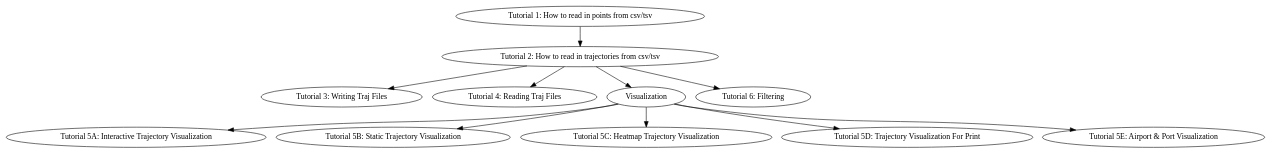
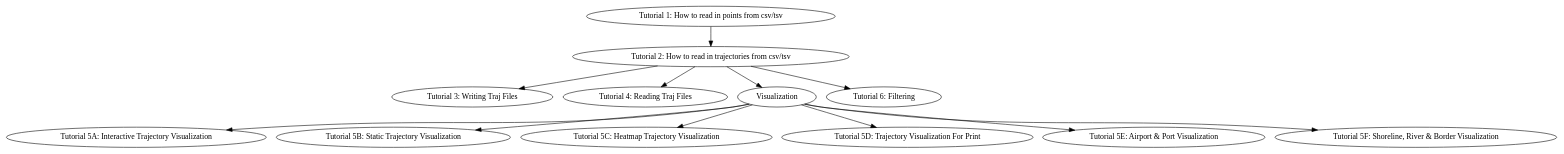
The diagram in Documentation/examples/examples.rst (sandialabs/tracktable-docs), drawn with Graphviz before and after one commit. The commit also changed other lines of this file and 11 other files, not shown here.

```diff
--- a/Documentation/examples/examples.rst
+++ b/Documentation/examples/examples.rst
@@ -58,28 +58,30 @@
 .. graphviz::
    :align: center
    :caption: Tutorial Flow
 
    digraph tut_flow {
       tut1 [label="Tutorial 1: How to read in points from csv/tsv"];
       tut2 [label="Tutorial 2: How to read in trajectories from csv/tsv"];
       tut3 [label="Tutorial 3: Writing Traj Files"];
       tut4 [label="Tutorial 4: Reading Traj Files"];
       viz [label="Visualization"]
       tut5A [label="Tutorial 5A: Interactive Trajectory Visualization"];
       tut5B [label="Tutorial 5B: Static Trajectory Visualization"];
       tut5C [label="Tutorial 5C: Heatmap Trajectory Visualization"];
       tut5D [label="Tutorial 5D: Trajectory Visualization For Print"];
       tut5E [label="Tutorial 5E: Airport & Port Visualization"];
+      tut5F [label="Tutorial 5F: Shoreline, River & Border Visualization"];
       tut6 [label="Tutorial 6: Filtering"];
 
       tut1 -> tut2;
       tut2 -> tut3;
       tut2 -> tut4;
       tut2 -> viz;
       viz -> tut5A;
       viz -> tut5B;
       viz -> tut5C;
       viz -> tut5D;
       viz -> tut5E;
+      viz -> tut5F;
       tut2 -> tut6;
    }
```
